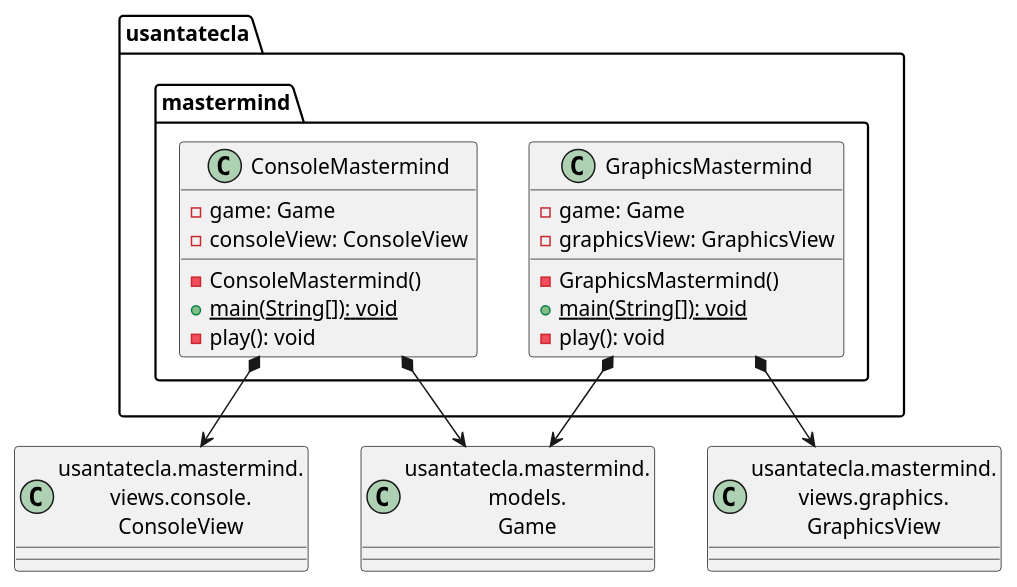
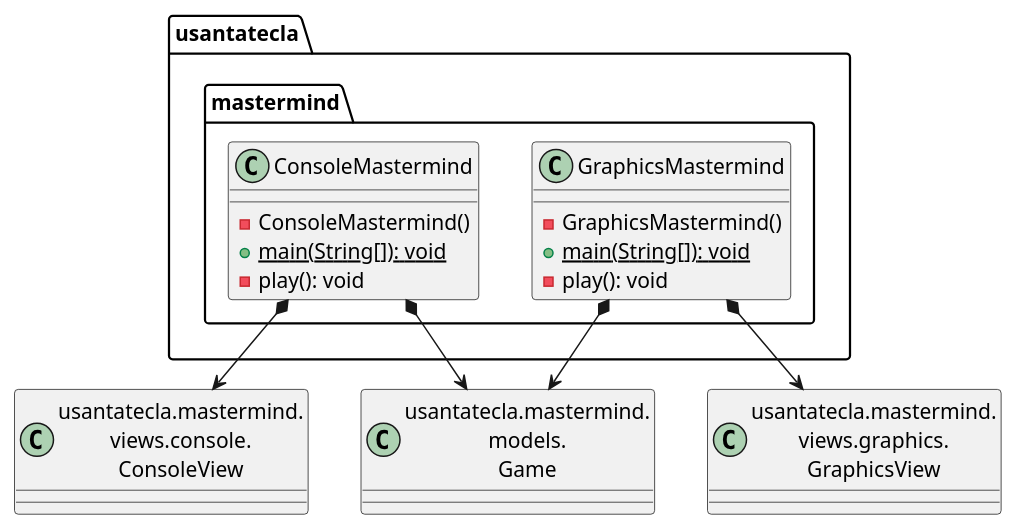
Before and after one commit to SantaTecla-mastermind/solution.java.swing.socket.sql: the first of 6 diagrams in documentView/withoutFactoryMethod/docs/diagrams/src/paquetes.plantuml, drawn with PlantUML. The commit also changed other lines of this file and 21 other files, not shown here.

```diff
--- a/documentView/withoutFactoryMethod/docs/diagrams/src/paquetes.plantuml
+++ b/documentView/withoutFactoryMethod/docs/diagrams/src/paquetes.plantuml
@@ -1,26 +1,22 @@
 @startuml usantatecla.mastermind
 class usantatecla.mastermind.ConsoleMastermind{
-- game: Game
-- consoleView: ConsoleView
 - ConsoleMastermind()
 + {static} main(String[]): void
 - play(): void
 }
 
 class usantatecla.mastermind.GraphicsMastermind{
-- game: Game
-- graphicsView: GraphicsView
 - GraphicsMastermind()
 + {static} main(String[]): void
 - play(): void
 }
 
 class ConsoleView as "usantatecla.mastermind.\nviews.console.\nConsoleView"{}
 class GraphicsView as "usantatecla.mastermind.\nviews.graphics.\nGraphicsView"{}
 class Game as "usantatecla.mastermind.\nmodels.\nGame"{}
 usantatecla.mastermind.ConsoleMastermind *-down-> ConsoleView
 usantatecla.mastermind.ConsoleMastermind *-down-> Game
 usantatecla.mastermind.GraphicsMastermind *-down-> GraphicsView
 usantatecla.mastermind.GraphicsMastermind *-down-> Game
 
 @enduml
```
